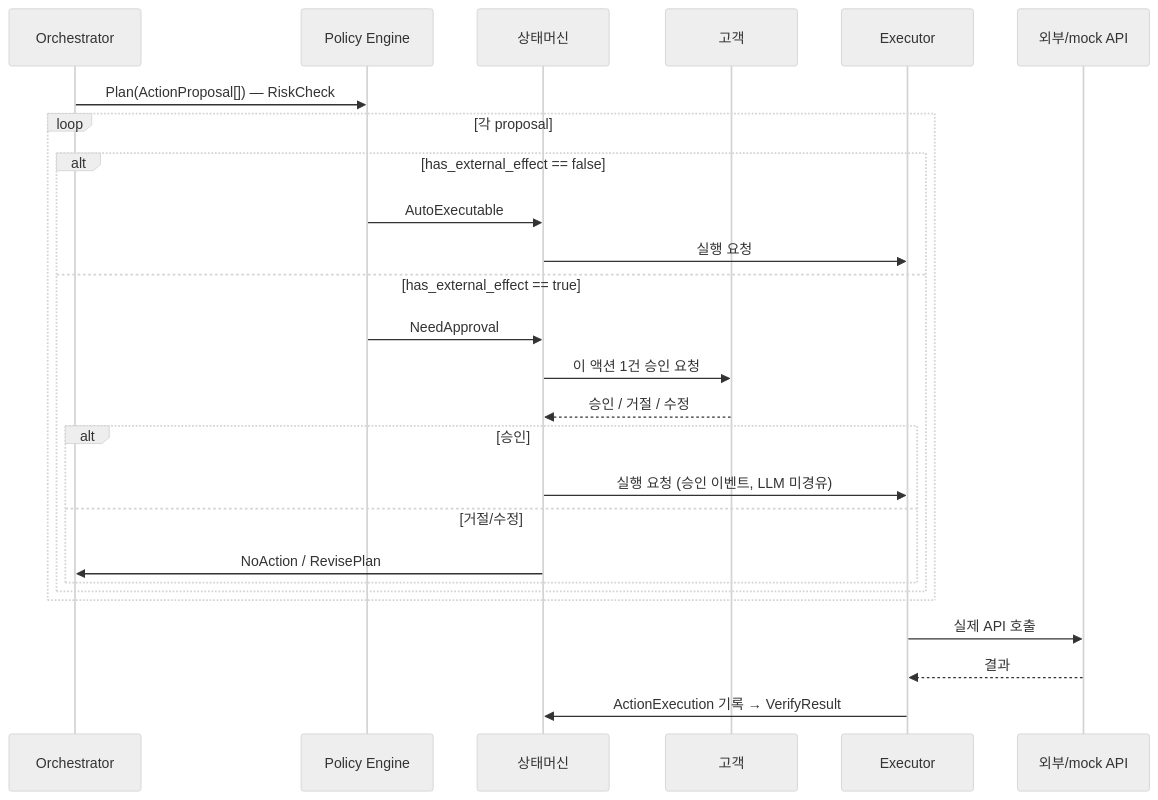
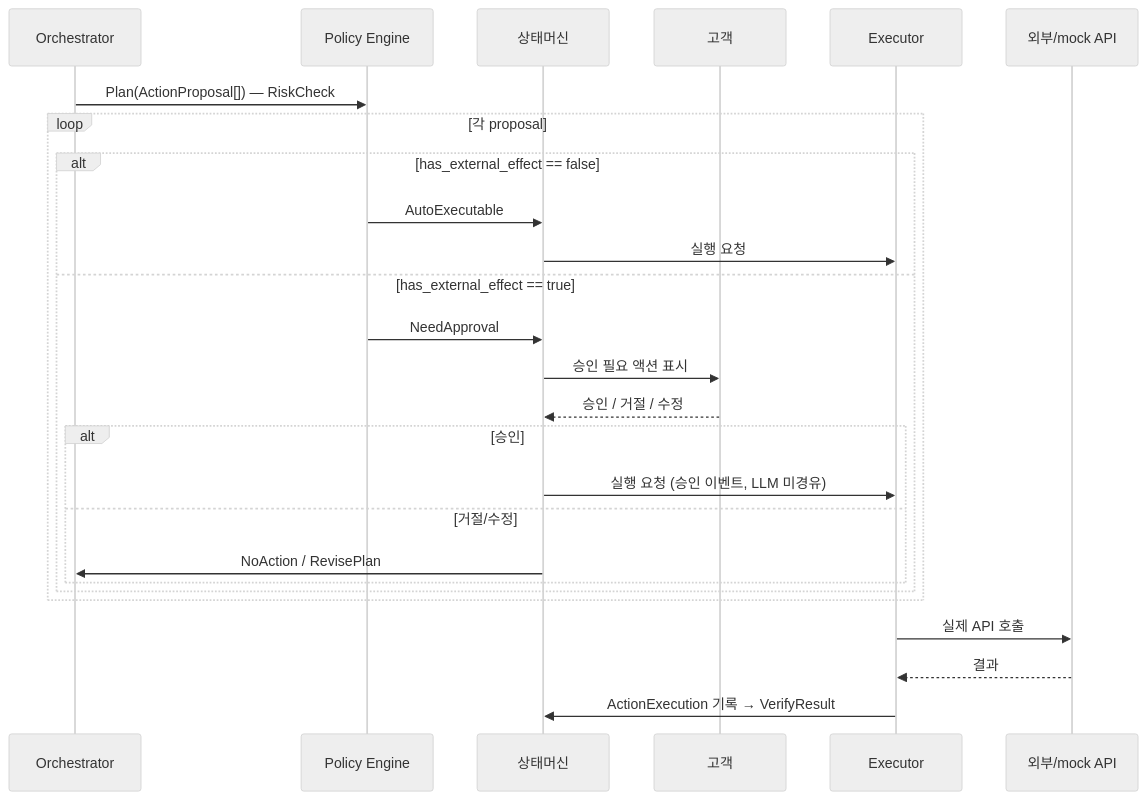
The first of 2 diagrams in docs/07_ACTION_EXECUTION.md (YoonMin02/JB-WM-backend), drawn with Mermaid (neutral theme) before and after one commit. The commit also changed other lines of this file and 52 other files, not shown here.

````diff
--- a/docs/07_ACTION_EXECUTION.md
+++ b/docs/07_ACTION_EXECUTION.md
@@ -14,29 +14,29 @@
 ```mermaid
 sequenceDiagram
     participant ORCH as Orchestrator
     participant POL as Policy Engine
     participant FSM as 상태머신
     participant U as 고객
     participant EX as Executor
     participant X as 외부/mock API
 
     ORCH->>POL: Plan(ActionProposal[]) — RiskCheck
     loop 각 proposal
         alt has_external_effect == false
             POL->>FSM: AutoExecutable
             FSM->>EX: 실행 요청
         else has_external_effect == true
             POL->>FSM: NeedApproval
-            FSM->>U: 이 액션 1건 승인 요청
+            FSM->>U: 승인 필요 액션 표시
             U-->>FSM: 승인 / 거절 / 수정
             alt 승인
                 FSM->>EX: 실행 요청 (승인 이벤트, LLM 미경유)
             else 거절/수정
                 FSM->>ORCH: NoAction / RevisePlan
             end
         end
     end
     EX->>X: 실제 API 호출
     X-->>EX: 결과
     EX->>FSM: ActionExecution 기록 → VerifyResult
 ```
````
